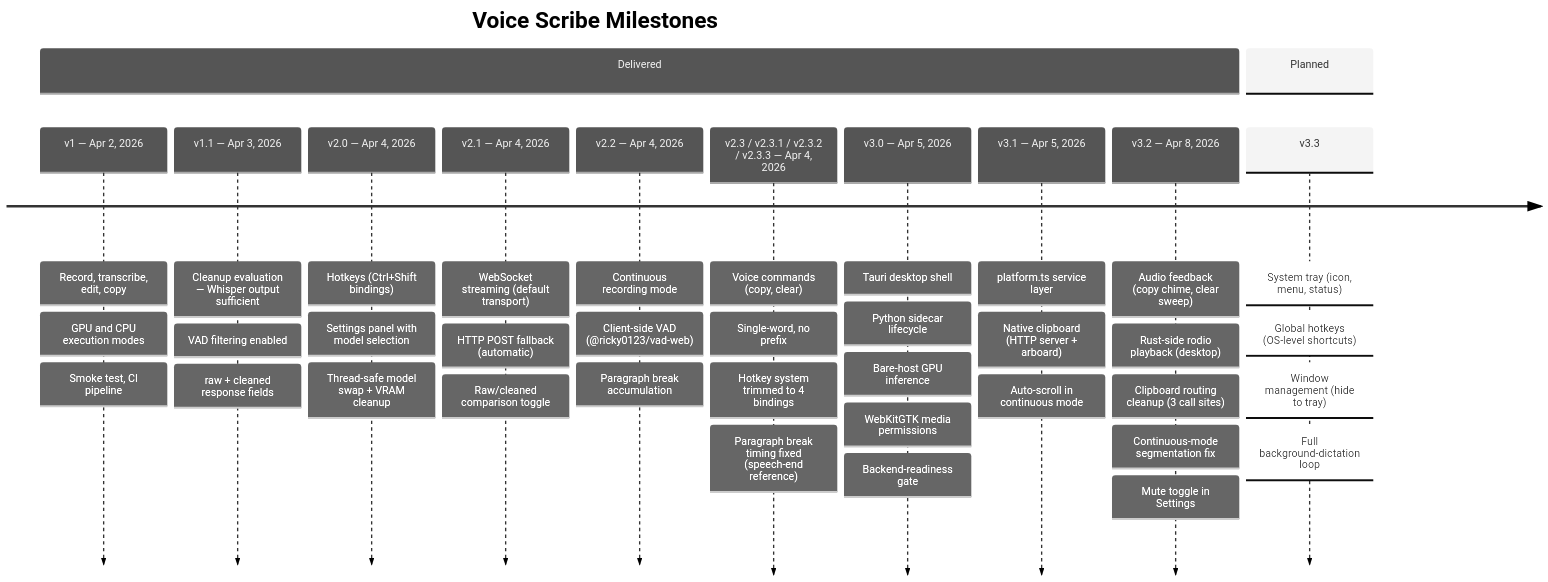
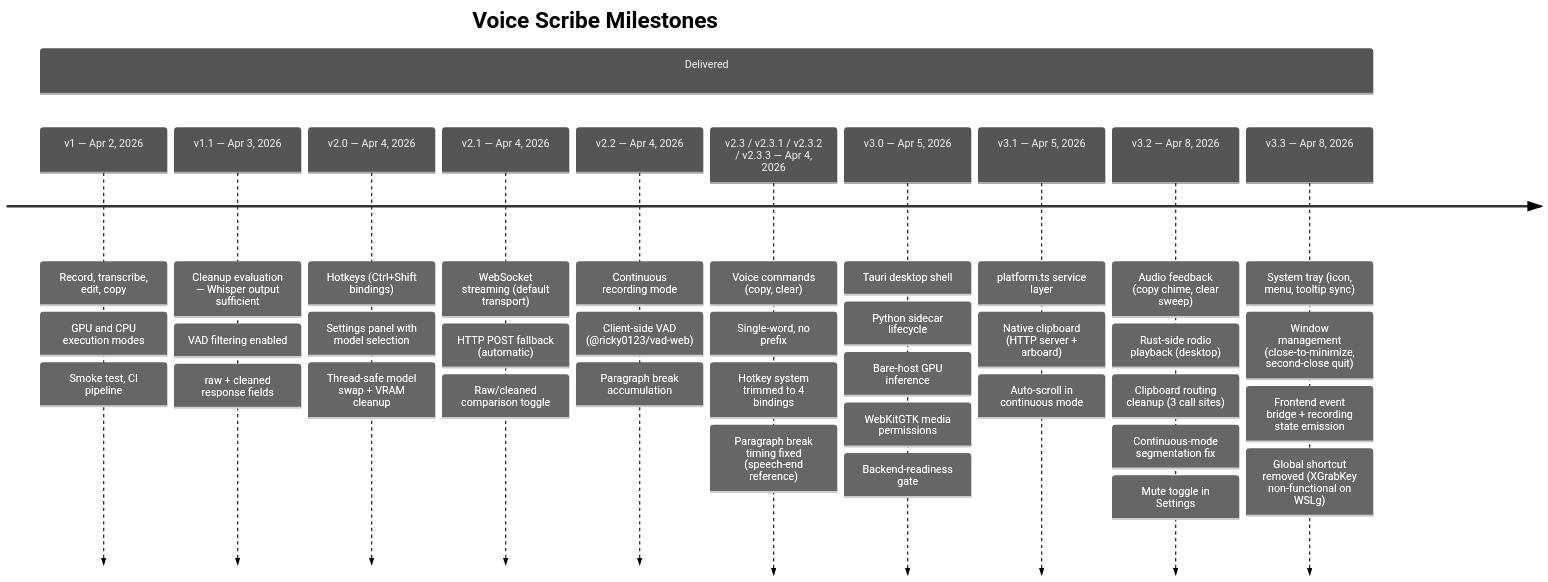
One commit to JohnYanez95/voice-scribe changed the diagram in docs/diagrams/milestone-timeline.mmd. Above: the diagram before and after it, drawn with Mermaid (neutral theme). The commit also changed 6 other files, not shown here.

First line of the commit message:
docs: v3.3 delivery — progress report, presentation, milestone timeline

```diff
--- a/docs/diagrams/milestone-timeline.mmd
+++ b/docs/diagrams/milestone-timeline.mmd
@@ -1,50 +1,49 @@
 timeline
     title Voice Scribe Milestones
     section Delivered
         v1 — Apr 2, 2026
             : Record, transcribe, edit, copy
             : GPU and CPU execution modes
             : Smoke test, CI pipeline
         v1.1 — Apr 3, 2026
             : Cleanup evaluation — Whisper output sufficient
             : VAD filtering enabled
             : raw + cleaned response fields
         v2.0 — Apr 4, 2026
             : Hotkeys (Ctrl+Shift bindings)
             : Settings panel with model selection
             : Thread-safe model swap + VRAM cleanup
         v2.1 — Apr 4, 2026
             : WebSocket streaming (default transport)
             : HTTP POST fallback (automatic)
             : Raw/cleaned comparison toggle
         v2.2 — Apr 4, 2026
             : Continuous recording mode
             : Client-side VAD (@ricky0123/vad-web)
             : Paragraph break accumulation
         v2.3 / v2.3.1 / v2.3.2 / v2.3.3 — Apr 4, 2026
             : Voice commands (copy, clear)
             : Single-word, no prefix
             : Hotkey system trimmed to 4 bindings
             : Paragraph break timing fixed (speech-end reference)
         v3.0 — Apr 5, 2026
             : Tauri desktop shell
             : Python sidecar lifecycle
             : Bare-host GPU inference
             : WebKitGTK media permissions
             : Backend-readiness gate
         v3.1 — Apr 5, 2026
             : platform.ts service layer
             : Native clipboard (HTTP server + arboard)
             : Auto-scroll in continuous mode
         v3.2 — Apr 8, 2026
             : Audio feedback (copy chime, clear sweep)
             : Rust-side rodio playback (desktop)
             : Clipboard routing cleanup (3 call sites)
             : Continuous-mode segmentation fix
             : Mute toggle in Settings
-    section Planned
-        v3.3
-            : System tray (icon, menu, status)
-            : Global hotkeys (OS-level shortcuts)
-            : Window management (hide to tray)
-            : Full background-dictation loop
+        v3.3 — Apr 8, 2026
+            : System tray (icon, menu, tooltip sync)
+            : Window management (close-to-minimize, second-close quit)
+            : Frontend event bridge + recording state emission
+            : Global shortcut removed (XGrabKey non-functional on WSLg)
```
